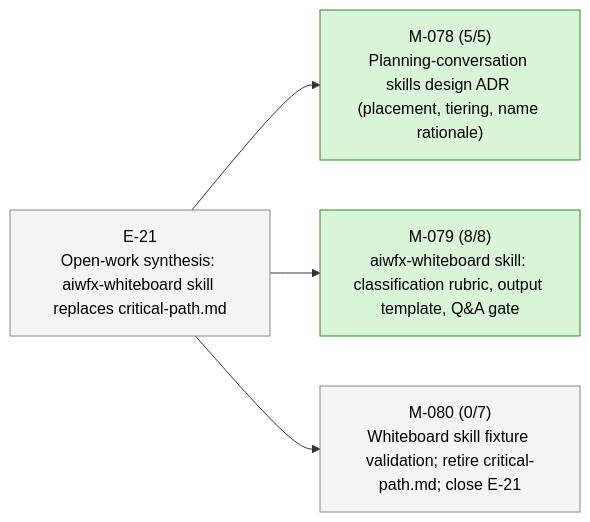
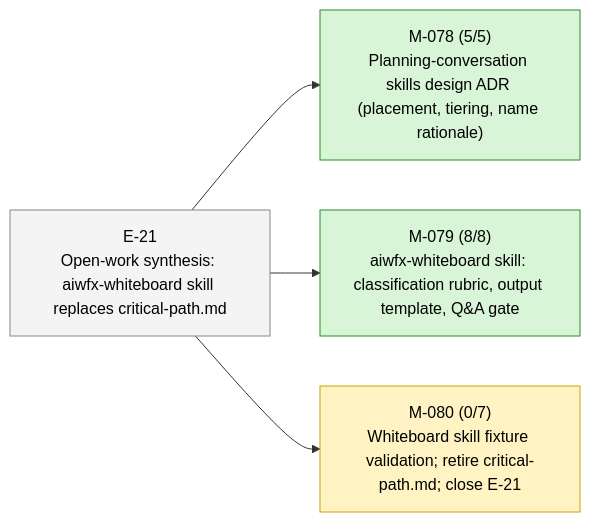
The second of 2 diagrams in STATUS.md (23min/aiwf), drawn with Mermaid before and after one commit. The commit also changed other lines of this file and 1 other file, not shown here.

First line of the commit message:
aiwf promote M-080 draft -> in_progress

````diff
--- a/STATUS.md
+++ b/STATUS.md
@@ -47,16 +47,16 @@
 ```mermaid
 flowchart LR
   E_21["E-21<br/>Open-work synthesis: aiwfx-whiteboard skill replaces critical-path.md"]:::epic_proposed
   M_078["M-078 (5/5)<br/>Planning-conversation skills design ADR (placement, tiering, name rationale)"]:::ms_done
   E_21 --> M_078
   M_079["M-079 (8/8)<br/>aiwfx-whiteboard skill: classification rubric, output template, Q&A gate"]:::ms_done
   E_21 --> M_079
-  M_080["M-080 (0/7)<br/>Whiteboard skill fixture validation; retire critical-path.md; close E-21"]:::ms_draft
+  M_080["M-080 (0/7)<br/>Whiteboard skill fixture validation; retire critical-path.md; close E-21"]:::ms_in_progress
   E_21 --> M_080
   classDef epic_active fill:#d6eaff,stroke:#1a73e8,color:#000
   classDef epic_proposed fill:#f4f4f4,stroke:#888,color:#000
   classDef ms_done fill:#d8f5d8,stroke:#2a8a2a,color:#000
   classDef ms_in_progress fill:#fff3c4,stroke:#caa400,color:#000
   classDef ms_draft fill:#f4f4f4,stroke:#888,color:#000
   classDef ms_cancelled fill:#fbeaea,stroke:#c33,color:#000
 ```
````
